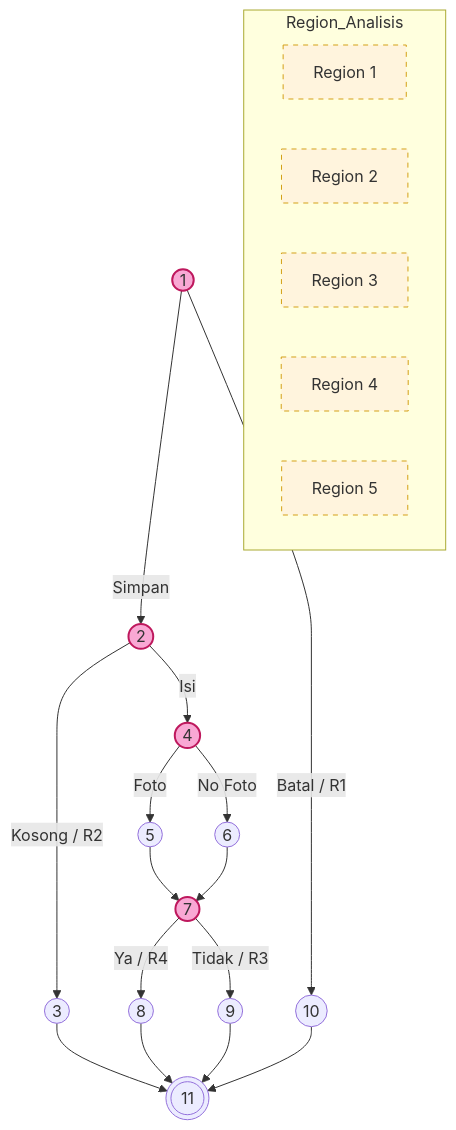
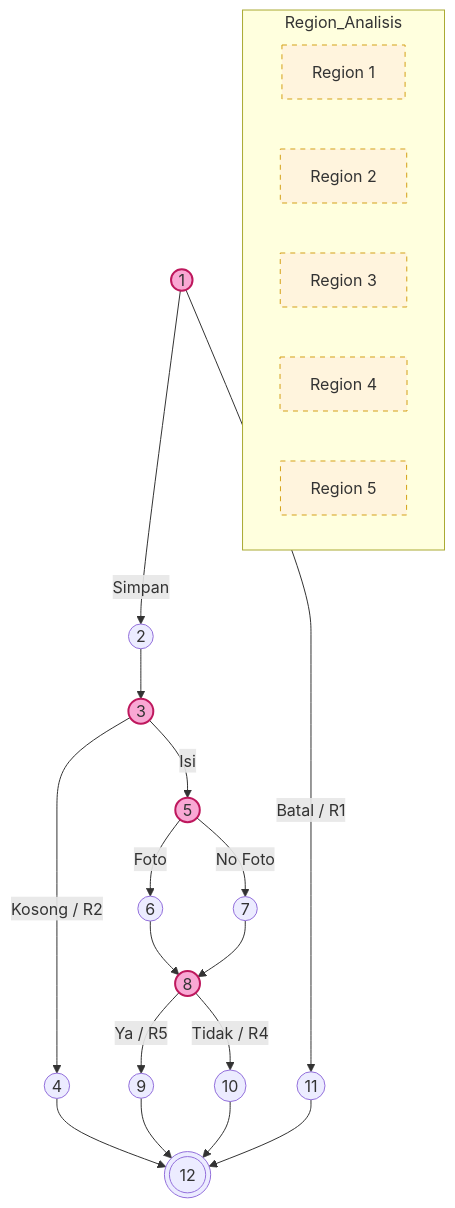
Before and after one commit to arbain-dev/Web_fikom: the sixth of 6 diagrams in docs/07_PENGUJIAN_WHITE_BOX.md, drawn with Mermaid. The commit also changed other lines of this file, not shown here.

Commit message:
docs: menambahkan node input pada flowchart pengujian white box

````diff
--- a/docs/07_PENGUJIAN_WHITE_BOX.md
+++ b/docs/07_PENGUJIAN_WHITE_BOX.md
@@ -275,25 +283,26 @@
 ```mermaid
 graph TD
     classDef predicate fill:#f9a8d4,stroke:#be185d,stroke-width:2px;
     classDef region fill:#fff4dd,stroke:#d4a017,stroke-dasharray: 5 5;
 
-    1((1)):::predicate -->|Simpan| 2((2)):::predicate
-    1 -->|Batal / R1| 10((10))
-    2 -->|Kosong / R2| 3((3))
-    2 -->|Isi| 4((4)):::predicate
-    4 -->|Foto| 5((5))
-    4 -->|No Foto| 6((6))
-    5 --> 7((7)):::predicate
-    6 --> 7
-    7 -->|Ya / R4| 8((8))
-    7 -->|Tidak / R3| 9((9))
-    3 & 8 & 9 & 10 --> 11(((11)))
+    1((1)):::predicate -->|Simpan| 2((2))
+    1 -->|Batal / R1| 11((11))
+    2 --> 3((3)):::predicate
+    3 -->|Kosong / R2| 4((4))
+    3 -->|Isi| 5((5)):::predicate
+    5 -->|Foto| 6((6))
+    5 -->|No Foto| 7((7))
+    6 --> 8((8)):::predicate
+    7 --> 8
+    8 -->|Ya / R5| 9((9))
+    8 -->|Tidak / R4| 10((10))
+    4 & 9 & 10 & 11 --> 12(((12)))
 
     subgraph Region_Analisis
         R1[Region 1]:::region
         R2[Region 2]:::region
         R3[Region 3]:::region
         R4[Region 4]:::region
         R5[Region 5]:::region
     end
 ```
````
